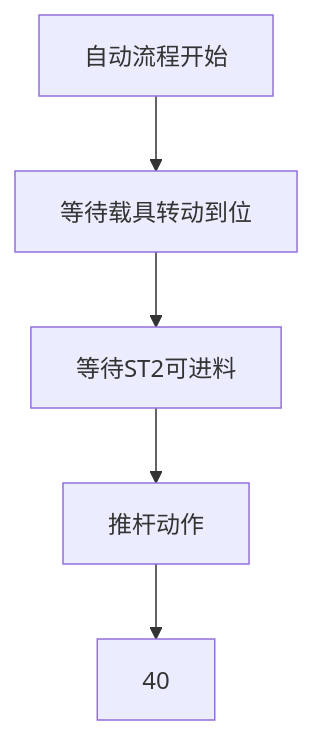
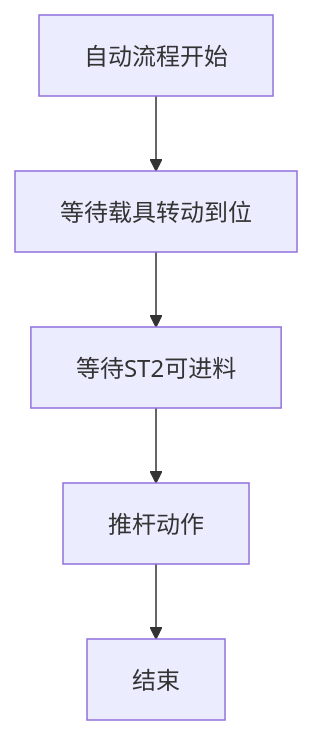
One commit to zmq000/iodraw-files changed the diagram in all/OP70工位1长回流工位.md. Above: the diagram before and after it, drawn with Mermaid.

Commit message:
2026-06-17 15:33:53 update

````diff
--- a/all/OP70工位1长回流工位.md
+++ b/all/OP70工位1长回流工位.md
@@ -1,9 +1,9 @@
 ```mermaid
 graph TD
  自动流程开始-->10
  10[等待载具转动到位]-->20
  20[等待ST2可进料]-->30
  30[推杆动作]-->40
- 
+ 40[结束]
 
 ```
````
